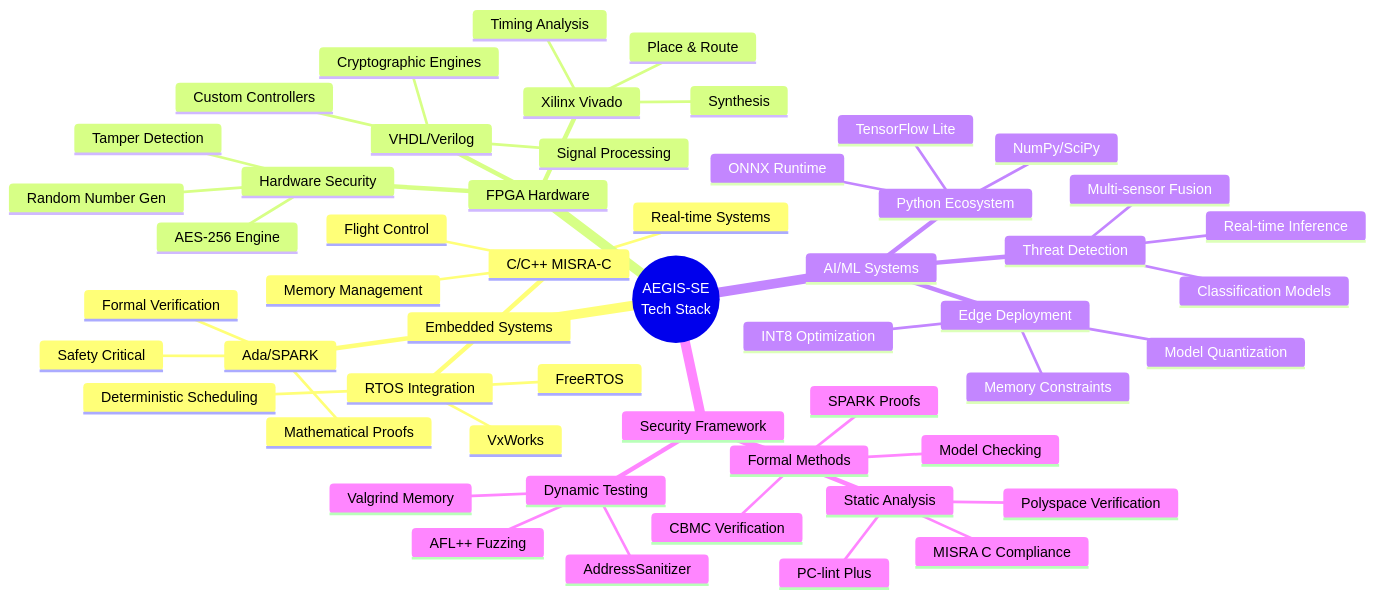
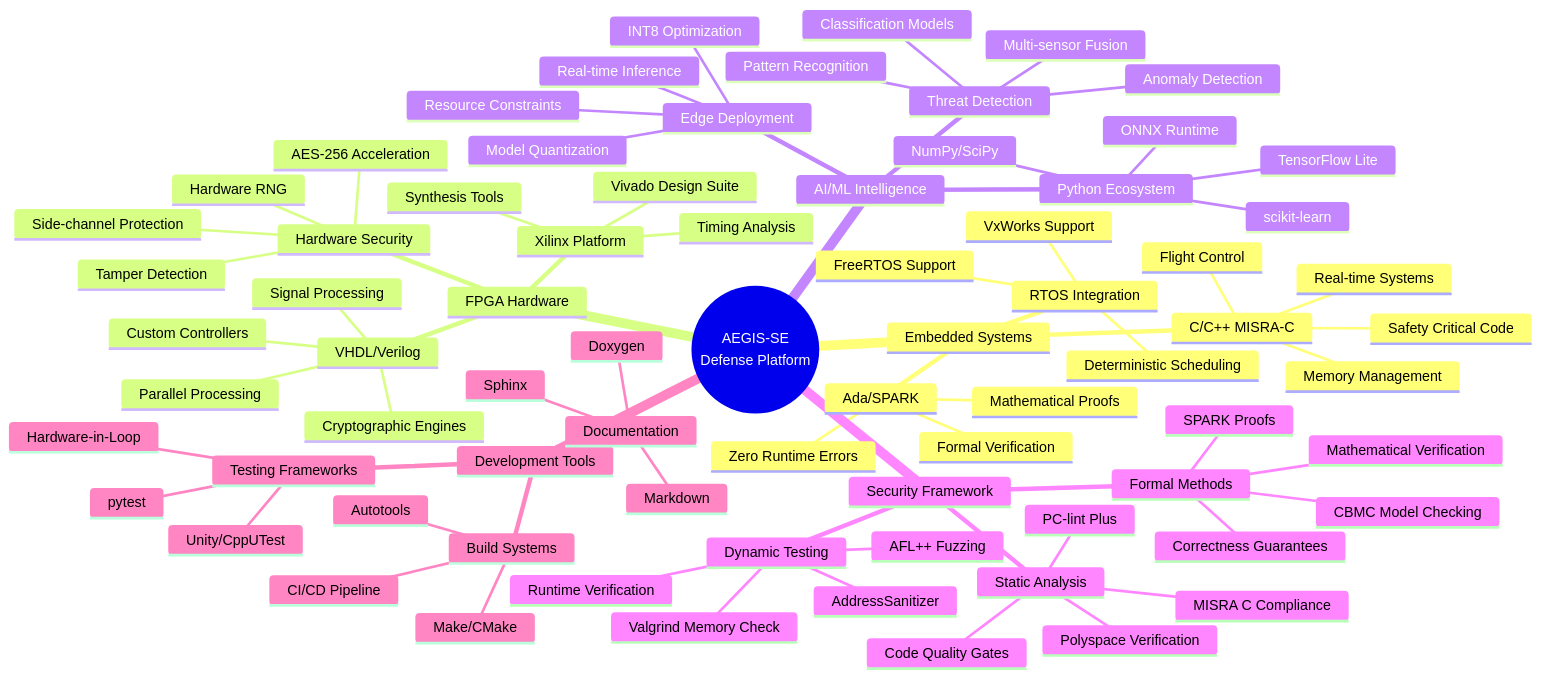
The third of 5 diagrams in README.md (hkevin01/AEGIS-SE), drawn with Mermaid before and after one commit. The commit also changed other lines of this file and 1 other file, not shown here.

Commit message:
Refactor technology stack documentation: update mindmap, add development environment and integration flow sections for clarity and completeness

````diff
--- a/README.md
+++ b/README.md
@@ -210,56 +191,78 @@
 ```mermaid
 mindmap
-  root((AEGIS-SE<br/>Tech Stack))
+  root((AEGIS-SE<br/>Defense Platform))
     Embedded Systems
       C/C++ MISRA-C
         Flight Control
         Real-time Systems
         Memory Management
+        Safety Critical Code
       Ada/SPARK
         Formal Verification
-        Safety Critical
         Mathematical Proofs
+        Zero Runtime Errors
       RTOS Integration
-        VxWorks
-        FreeRTOS
+        VxWorks Support
+        FreeRTOS Support
         Deterministic Scheduling
     FPGA Hardware
       VHDL/Verilog
         Signal Processing
         Cryptographic Engines
         Custom Controllers
-      Xilinx Vivado
-        Synthesis
-        Place & Route
+        Parallel Processing
+      Xilinx Platform
+        Vivado Design Suite
+        Synthesis Tools
         Timing Analysis
       Hardware Security
-        AES-256 Engine
-        Random Number Gen
+        AES-256 Acceleration
+        Hardware RNG
         Tamper Detection
-    AI/ML Systems
+        Side-channel Protection
+    AI/ML Intelligence
       Python Ecosystem
         TensorFlow Lite
         ONNX Runtime
         NumPy/SciPy
+        scikit-learn
       Edge Deployment
         Model Quantization
         INT8 Optimization
-        Memory Constraints
+        Resource Constraints
+        Real-time Inference
       Threat Detection
         Multi-sensor Fusion
-        Real-time Inference
+        Pattern Recognition
+        Anomaly Detection
         Classification Models
     Security Framework
       Static Analysis
         MISRA C Compliance
         Polyspace Verification
         PC-lint Plus
+        Code Quality Gates
       Dynamic Testing
-        Valgrind Memory
+        Valgrind Memory Check
         AFL++ Fuzzing
         AddressSanitizer
+        Runtime Verification
       Formal Methods
-        CBMC Verification
+        CBMC Model Checking
         SPARK Proofs
-        Model Checking
+        Mathematical Verification
+        Correctness Guarantees
+    Development Tools
+      Build Systems
+        Make/CMake
+        Autotools
+        CI/CD Pipeline
+      Testing Frameworks
+        Unity/CppUTest
+        pytest
+        Hardware-in-Loop
+      Documentation
+        Doxygen
+        Sphinx
+        Markdown
 ```
````
